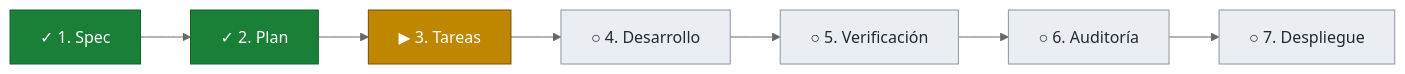
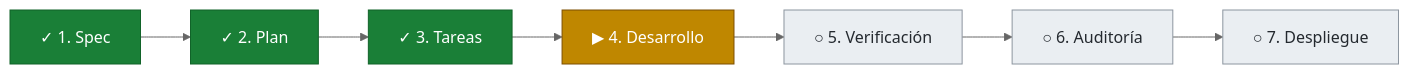
Before and after one commit to snavello/EVALUON: the second of 3 diagrams in docs/tablero.md, drawn with Mermaid (neutral theme). The commit also changed other lines of this file and 8 other files, not shown here.

````diff
--- a/docs/tablero.md
+++ b/docs/tablero.md
@@ -48,9 +48,9 @@
 ```mermaid
 flowchart LR
-  E0["✓ 1. Spec"]:::done --> E1["✓ 2. Plan"]:::done --> E2["▶ 3. Tareas"]:::active --> E3["○ 4. Desarrollo"]:::todo --> E4["○ 5. Verificación"]:::todo --> E5["○ 6. Auditoría"]:::todo --> E6["○ 7. Despliegue"]:::todo
+  E0["✓ 1. Spec"]:::done --> E1["✓ 2. Plan"]:::done --> E2["✓ 3. Tareas"]:::done --> E3["▶ 4. Desarrollo"]:::active --> E4["○ 5. Verificación"]:::todo --> E5["○ 6. Auditoría"]:::todo --> E6["○ 7. Despliegue"]:::todo
   classDef done fill:#1a7f37,stroke:#116329,color:#ffffff
   classDef review fill:#0969da,stroke:#0550ae,color:#ffffff
   classDef active fill:#bf8700,stroke:#7d4e00,color:#ffffff
   classDef blocked fill:#cf222e,stroke:#a40e26,color:#ffffff
   classDef todo fill:#eaeef2,stroke:#8c959f,color:#24292f
 ```
````
